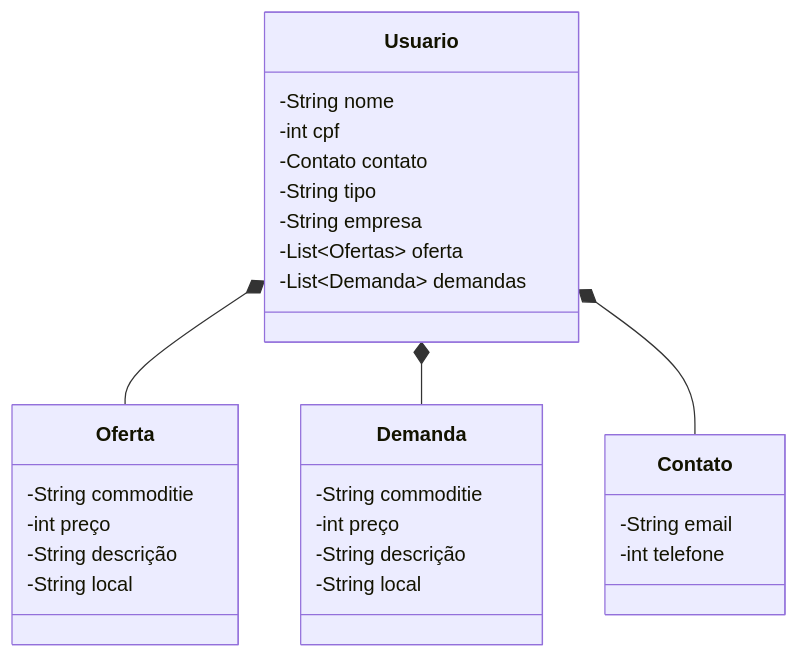
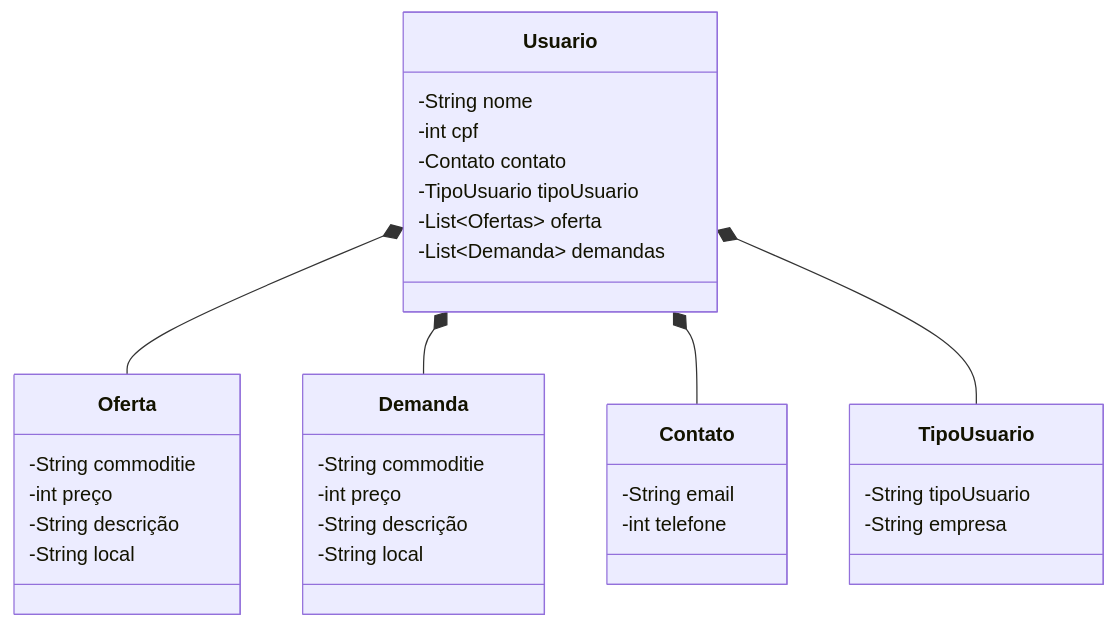
The diagram in README.md (led-21/grainbroker), drawn with Mermaid before and after one commit.

````diff
--- a/README.md
+++ b/README.md
@@ -3,23 +3,26 @@
 ```mermaid
 classDiagram
     Usuario : -String nome
     Usuario : -int cpf
     Usuario : -Contato contato
-    Usuario : -String tipo
-    Usuario : -String empresa
+    Usuario : -TipoUsuario tipoUsuario
     Usuario : -List~Ofertas~ oferta
     Usuario : -List~Demanda~ demandas
     Usuario *-- Oferta
     Usuario *-- Demanda
     Usuario *-- Contato
+    Usuario *-- TipoUsuario
     Oferta : -String commoditie
     Oferta : -int preço
     Oferta : -String descrição
     Oferta : -String local
     Demanda : -String commoditie
     Demanda : -int preço
     Demanda : -String descrição
     Demanda : -String local
     Contato : -String email
     Contato : -int telefone
+    TipoUsuario : -String tipoUsuario
+    TipoUsuario : -String empresa
+    
 ```
````
